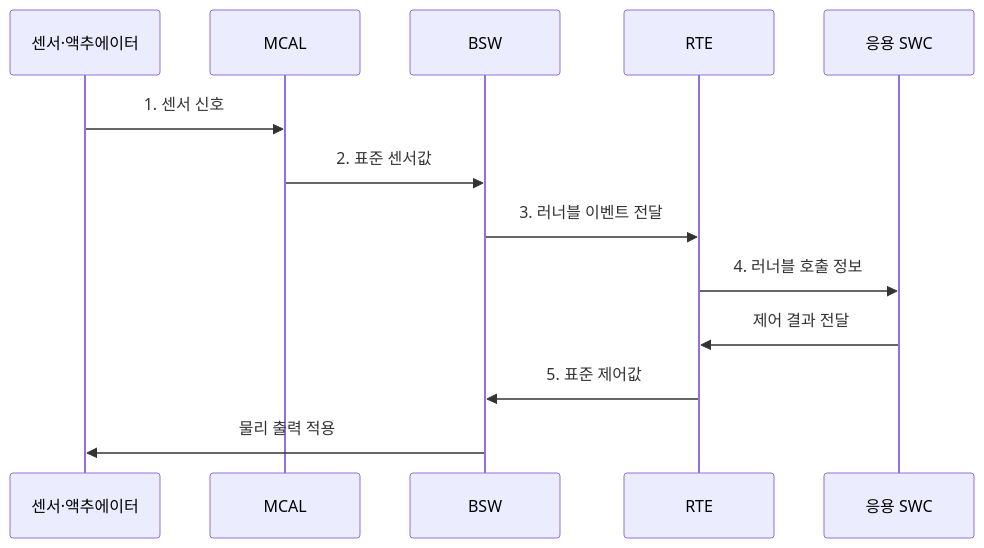
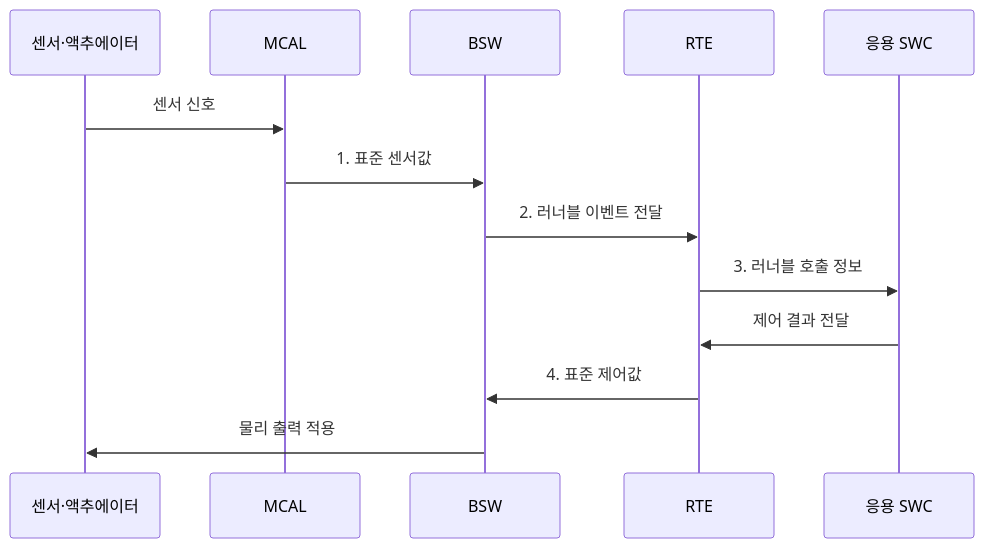
One commit to agnusdei1207/knowledge-base changed the second of 2 diagrams in src/content/docs/notes/02-hardware/067_autosar.md. Above: the diagram before and after it, drawn with Mermaid. The commit also changed other lines of this file and 17 other files, not shown here.

````diff
--- a/src/content/docs/notes/02-hardware/067_autosar.md
+++ b/src/content/docs/notes/02-hardware/067_autosar.md
@@ -92,16 +92,16 @@
 ```mermaid
 sequenceDiagram
     participant D as 센서·액추에이터
     participant M as MCAL
     participant B as BSW
     participant R as RTE
     participant W as 응용 SWC
 
-    D->>M: 1. 센서 신호
-    M->>B: 2. 표준 센서값
-    B->>R: 3. 러너블 이벤트 전달
-    R->>W: 4. 러너블 호출 정보
+    D->>M: 센서 신호
+    M->>B: 1. 표준 센서값
+    B->>R: 2. 러너블 이벤트 전달
+    R->>W: 3. 러너블 호출 정보
     W->>R: 제어 결과 전달
-    R->>B: 5. 표준 제어값
+    R->>B: 4. 표준 제어값
     B->>D: 물리 출력 적용
 ```
````
